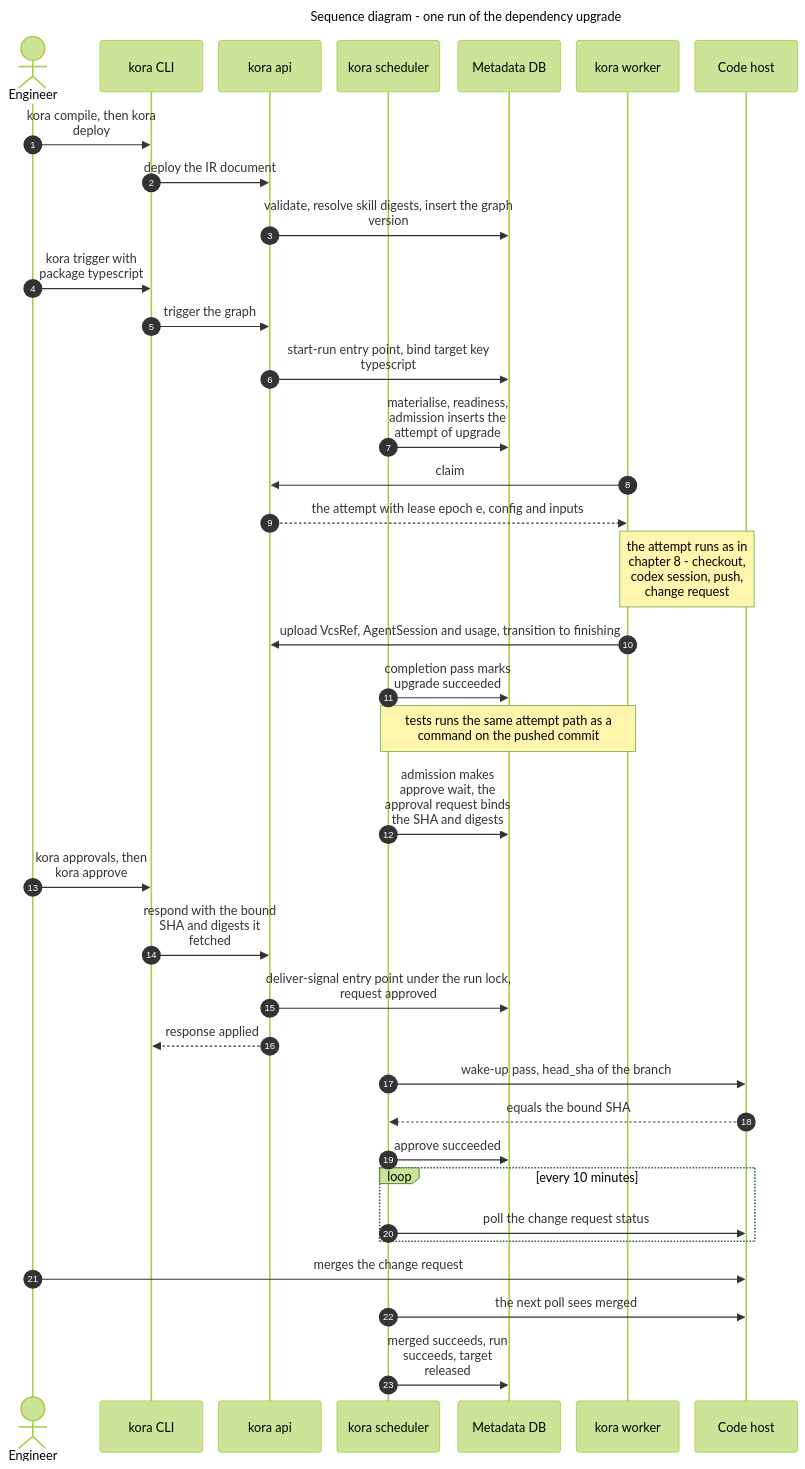
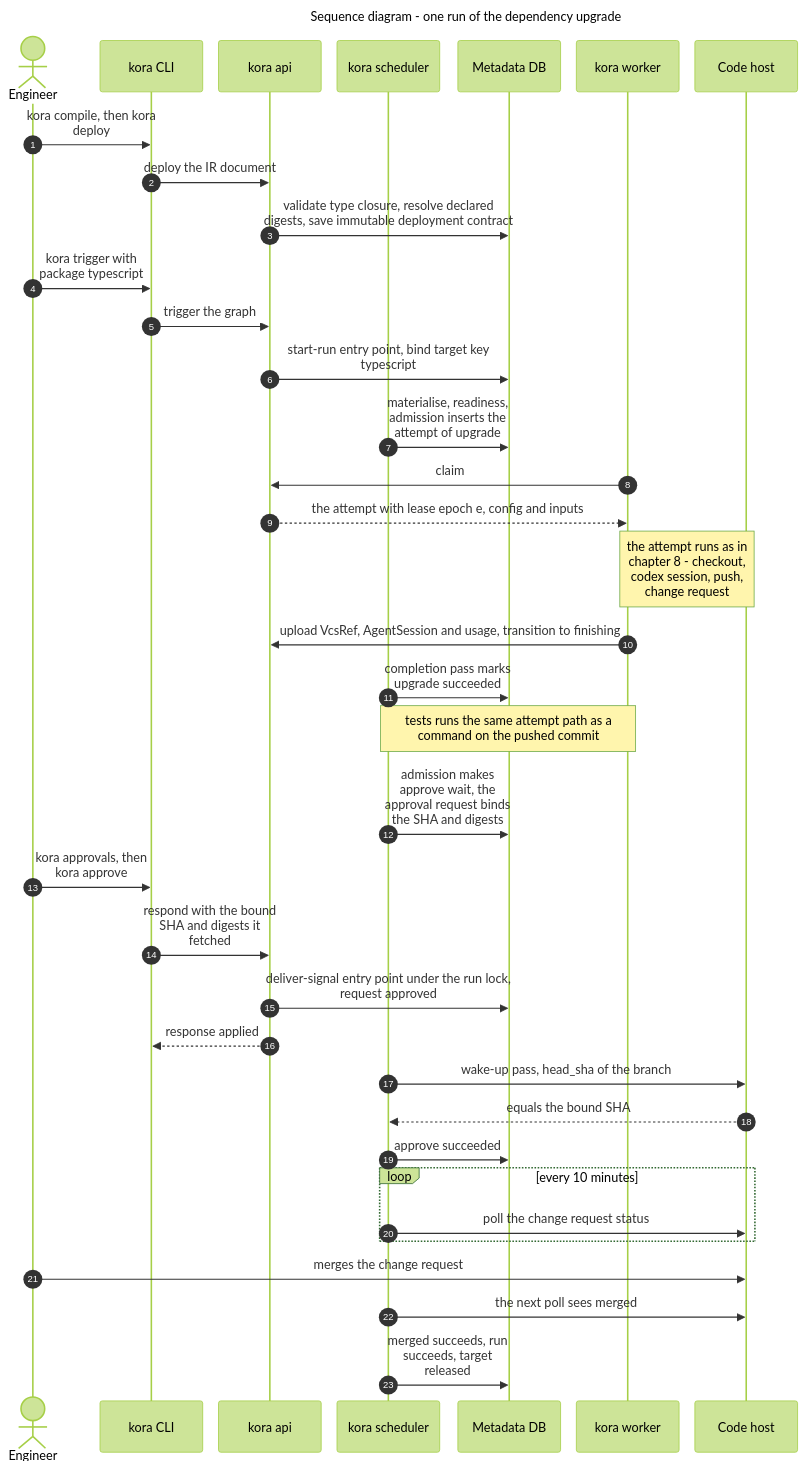
The ninth of 24 diagrams in knowledge/architecture/internals.md (klukashka/kora), drawn with Mermaid (forest theme) before and after one commit. The commit also changed other lines of this file and 17 other files, not shown here.

````diff
--- a/knowledge/architecture/internals.md
+++ b/knowledge/architecture/internals.md
@@ -534,49 +543,49 @@
 ```mermaid
 ---
 title: Sequence diagram - one run of the dependency upgrade
 config:
   sequence:
     wrap: true
     width: 130
     actorMargin: 20
     messageMargin: 30
 ---
 sequenceDiagram
   accTitle: One run of the dependency upgrade, end to end
   accDescr: The engineer compiles and deploys through the CLI, and kora api validates and stores the graph version. A trigger starts a run with the target key bound. The scheduler admits the upgrade node, a worker claims the attempt, runs it and uploads the results, and the completion pass marks the node succeeded. The tests node runs the same way. Admission makes the approval node wait with a request bound to the commit and the test digests. The engineer lists the request and approves it through the CLI; the API applies the response under the run lock. The scheduler checks the head again and completes the approval node, polls the change request until a person has merged it, and the run succeeds and releases its target.
   autonumber
   actor E as Engineer
   participant CLI as kora CLI
   participant A as kora api
   participant S as kora scheduler
   participant D as Metadata DB
   participant W as kora worker
   participant C as Code host
   E->>CLI: kora compile, then kora deploy
   CLI->>A: deploy the IR document
-  A->>D: validate, resolve skill digests, insert the graph version
+  A->>D: validate type closure, resolve declared digests, save immutable deployment contract
   E->>CLI: kora trigger with package typescript
   CLI->>A: trigger the graph
   A->>D: start-run entry point, bind target key typescript
   S->>D: materialise, readiness, admission inserts the attempt of upgrade
   W->>A: claim
   A-->>W: the attempt with lease epoch e, config and inputs
   Note over W,C: the attempt runs as in chapter 8 - checkout, codex session, push, change request
   W->>A: upload VcsRef, AgentSession and usage, transition to finishing
   S->>D: completion pass marks upgrade succeeded
   Note over S,W: tests runs the same attempt path as a command on the pushed commit
   S->>D: admission makes approve wait, the approval request binds the SHA and digests
   E->>CLI: kora approvals, then kora approve
   CLI->>A: respond with the bound SHA and digests it fetched
   A->>D: deliver-signal entry point under the run lock, request approved
   A-->>CLI: response applied
   S->>C: wake-up pass, head_sha of the branch
   C-->>S: equals the bound SHA
   S->>D: approve succeeded
   loop every 10 minutes
     S->>C: poll the change request status
   end
   E->>C: merges the change request
   S->>C: the next poll sees merged
   S->>D: merged succeeds, run succeeds, target released
 ```
````
